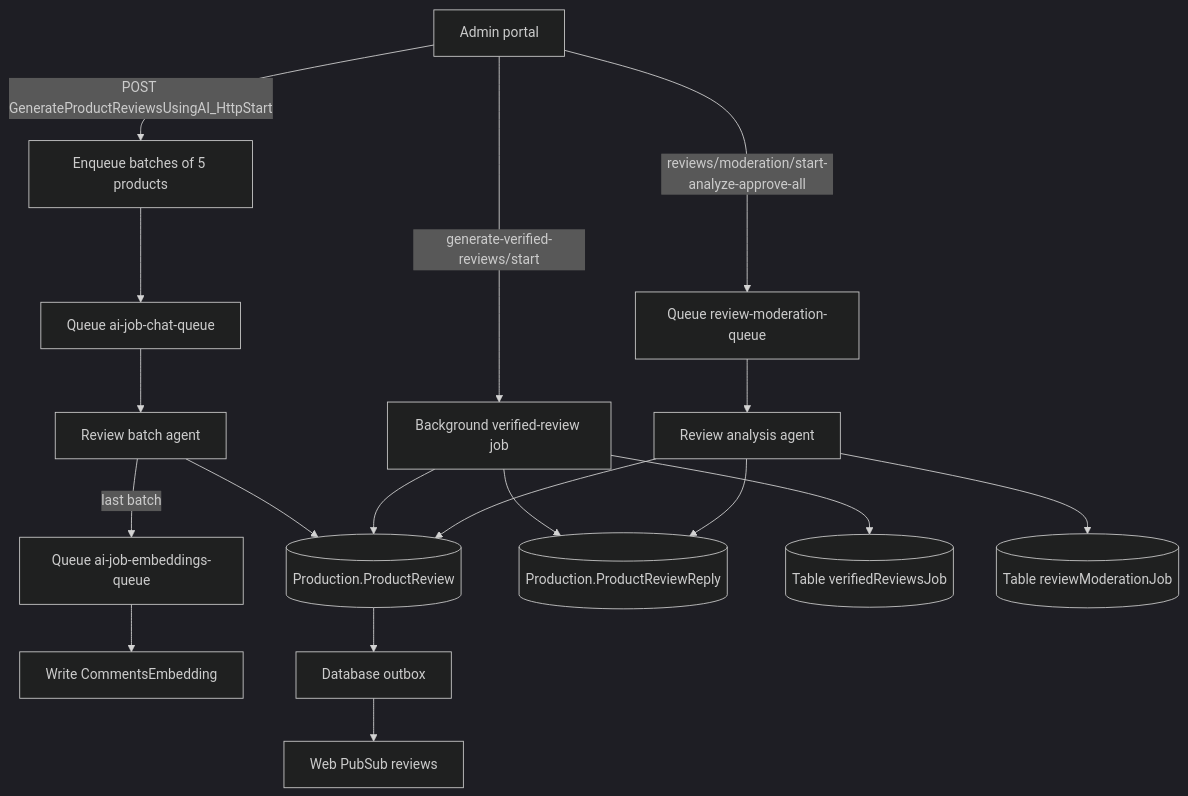
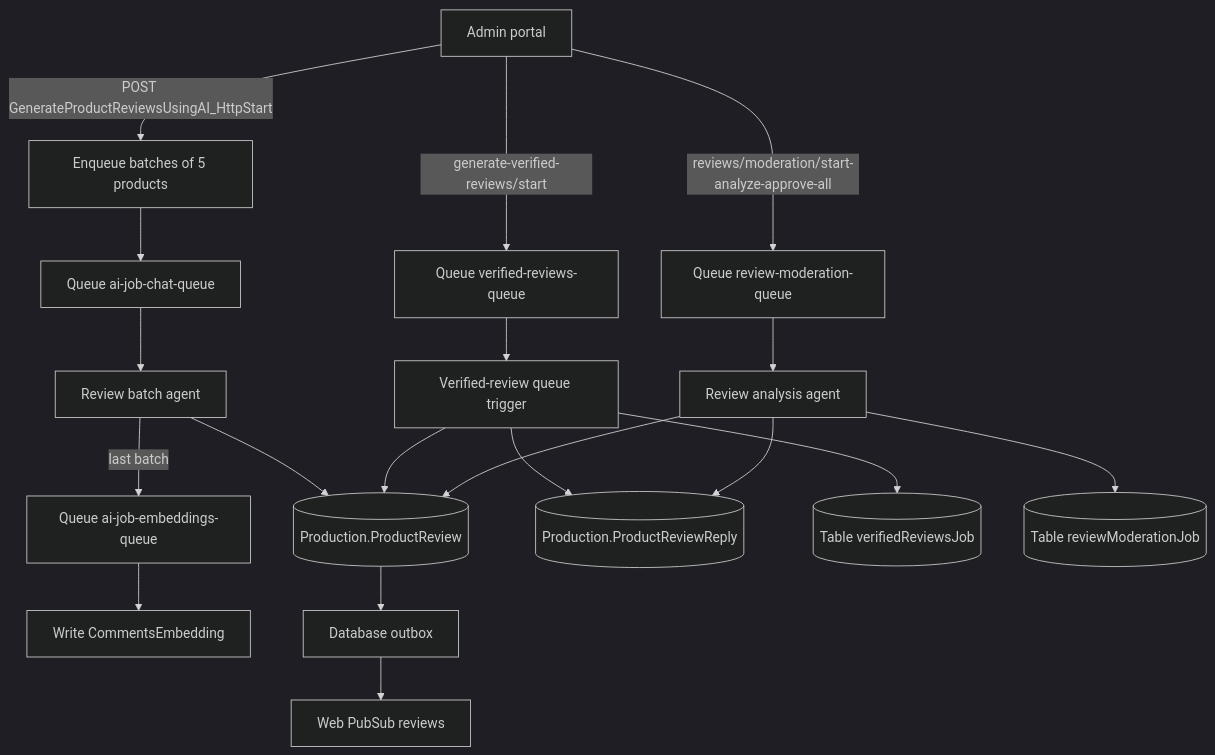
The diagram in docs/features/reviews/product-reviews.md (ahems/AdventureWorks), drawn with Mermaid (dark theme) before and after one commit. The commit also changed other lines of this file and 453 other files, not shown here.

````diff
--- a/docs/features/reviews/product-reviews.md
+++ b/docs/features/reviews/product-reviews.md
@@ -46,19 +46,20 @@
 ```mermaid
 flowchart TD
   Admin["Admin portal"] -->|"POST GenerateProductReviewsUsingAI_HttpStart"| Start["Enqueue batches of 5 products"]
   Start --> ChatQ["Queue ai-job-chat-queue"]
   ChatQ --> Batch["Review batch agent"]
   Batch --> SQL[("Production.ProductReview")]
   Batch -->|"last batch"| EmbQ["Queue ai-job-embeddings-queue"]
   EmbQ --> Emb["Write CommentsEmbedding"]
-  Admin -->|"generate-verified-reviews/start"| Ver["Background verified-review job"]
+  Admin -->|"generate-verified-reviews/start"| VerQ["Queue verified-reviews-queue"]
+  VerQ --> Ver["Verified-review queue trigger"]
   Ver --> SQL
   Ver --> Replies[("Production.ProductReviewReply")]
   Ver --> Job[("Table verifiedReviewsJob")]
   Admin -->|"reviews/moderation/start-analyze-approve-all"| ModQ["Queue review-moderation-queue"]
   ModQ --> Mod["Review analysis agent"]
   Mod --> Replies
   Mod --> SQL
   Mod --> ModJob[("Table reviewModerationJob")]
   SQL --> Outbox["Database outbox"] --> Push["Web PubSub reviews"]
 ```
````
